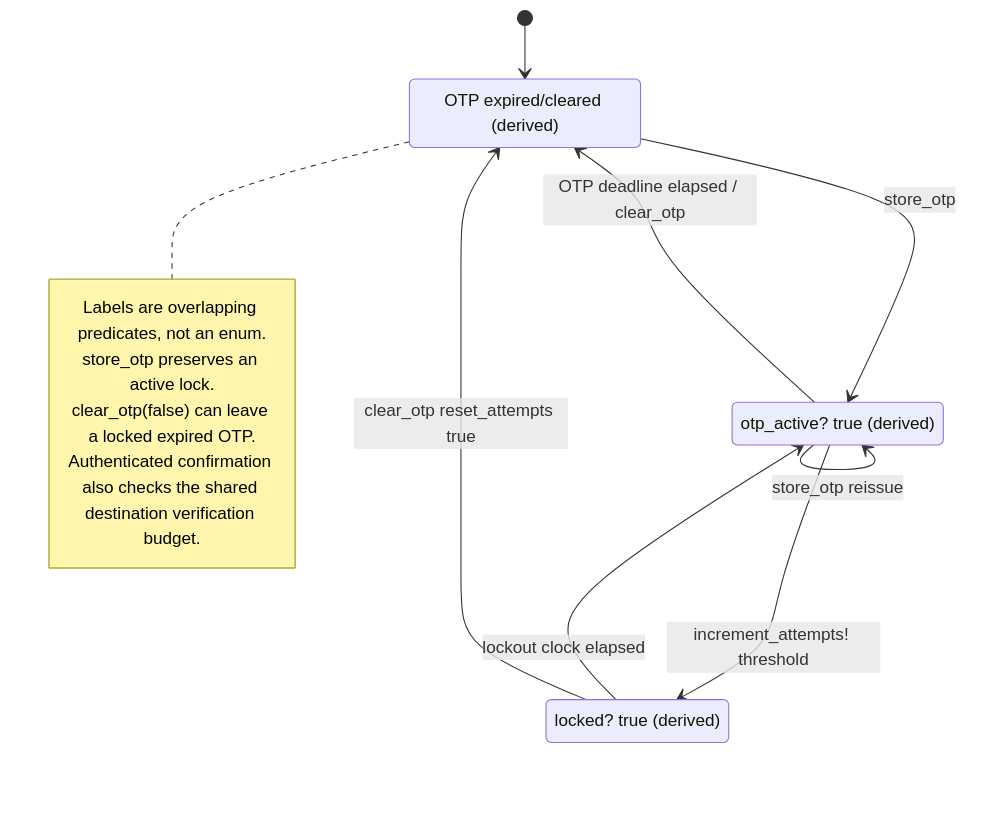
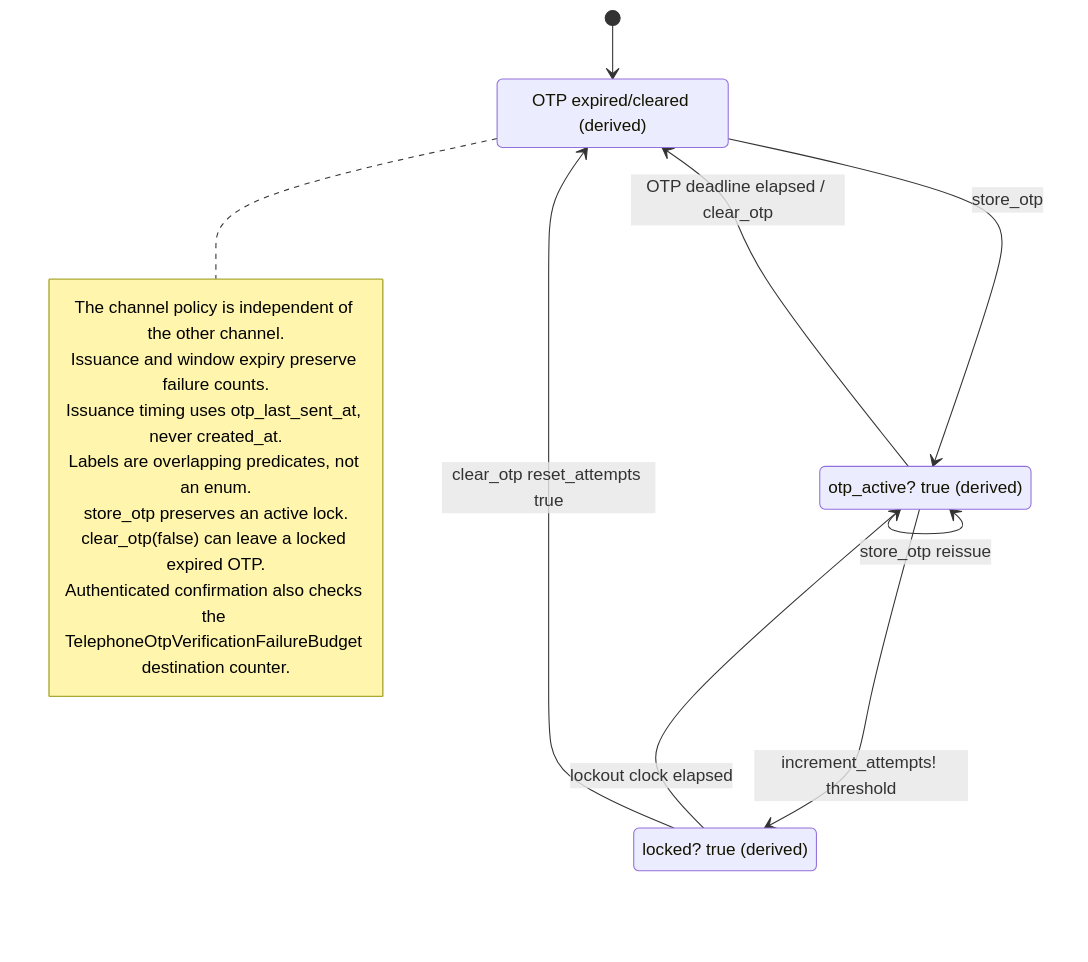
One commit to seahal/umaxica-apps-jit-global changed the diagram in docs/mermaid/idp-operator-telephone-otp.mmd. Above: the diagram before and after it, drawn with Mermaid. The commit also changed 658 other files, not shown here.

```diff
--- a/docs/mermaid/idp-operator-telephone-otp.mmd
+++ b/docs/mermaid/idp-operator-telephone-otp.mmd
@@ -1,18 +1,21 @@
 stateDiagram-v2
     %% CURRENT implementation; sources and guards in transition inventory.
     state "OTP expired/cleared (derived)" as inactive
     state "otp_active? true (derived)" as active
     state "locked? true (derived)" as locked
     [*] --> inactive
     inactive --> active: store_otp
     active --> active: store_otp reissue
     active --> locked: increment_attempts! threshold
     locked --> active: lockout clock elapsed
     active --> inactive: OTP deadline elapsed / clear_otp
     locked --> inactive: clear_otp reset_attempts true
     note right of inactive
+        The channel policy is independent of the other channel.
+        Issuance and window expiry preserve failure counts.
+        Issuance timing uses otp_last_sent_at, never created_at.
         Labels are overlapping predicates, not an enum.
         store_otp preserves an active lock.
         clear_otp(false) can leave a locked expired OTP.
-        Authenticated confirmation also checks the shared destination verification budget.
+        Authenticated confirmation also checks the TelephoneOtpVerificationFailureBudget destination counter.
     end note
```
